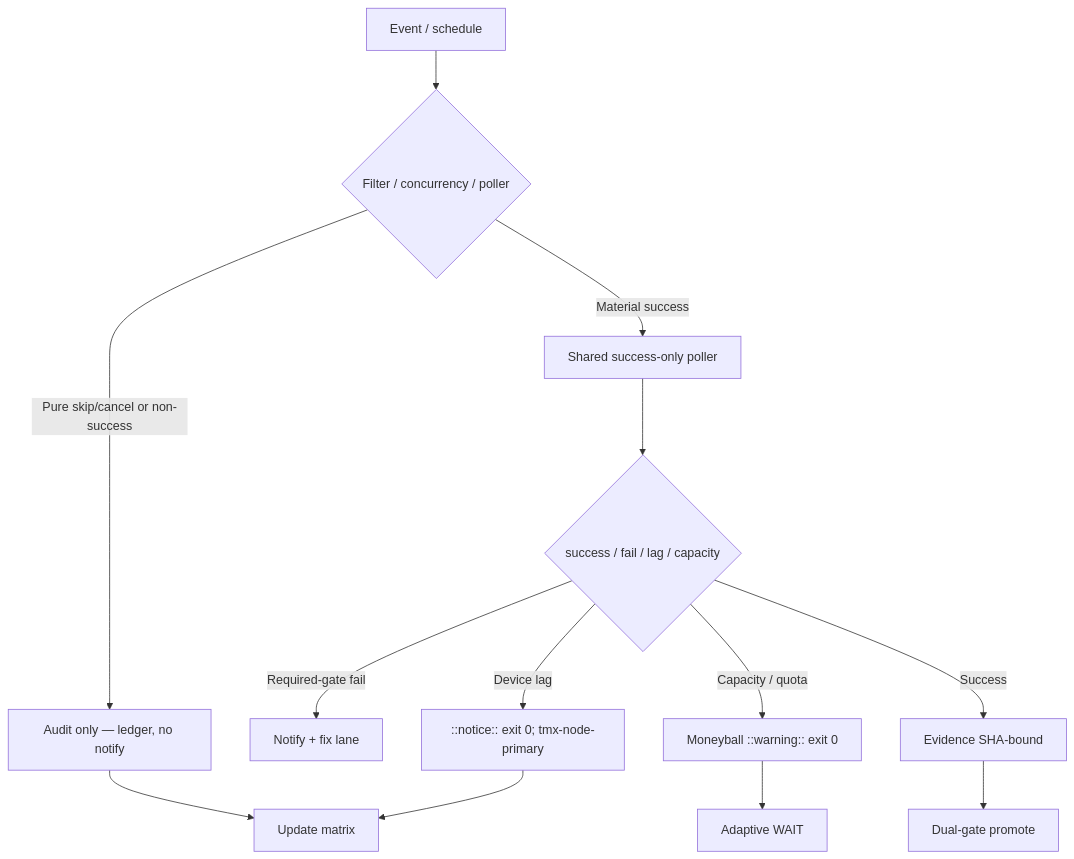
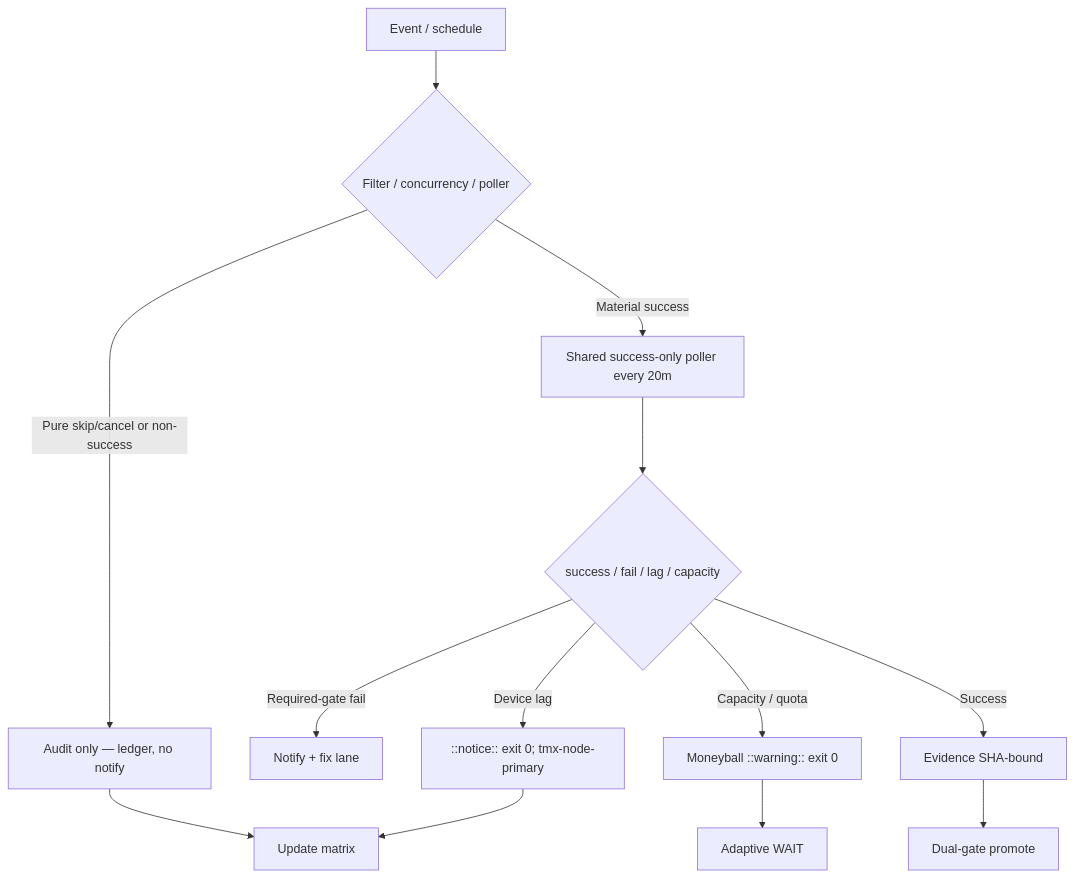
Before and after one commit to timerloggedout-spec/termux-monorepo: the diagram in docs/ops/ACTIONS-CONSOLIDATED-MATRIX-2026-10-25.md, drawn with Mermaid. The commit also changed other lines of this file, not shown here.

First line of the commit message:
ops(matrix): live refresh 2026-10-25 23:00Z tip 0bd2bff6 — quantified residual skip spam (lane-events dozens/min), poller active on success-only, Pinggy device#1 required, cadence/cache refined, zero hard dual-gate failures. Next: expand poller + retire residual workflow_run triggers post dual-gate.

````diff
--- a/docs/ops/ACTIONS-CONSOLIDATED-MATRIX-2026-10-25.md
+++ b/docs/ops/ACTIONS-CONSOLIDATED-MATRIX-2026-10-25.md
@@ -35,15 +34,15 @@
 ```mermaid
 flowchart TD
   Event[Event / schedule] --> Router{Filter / concurrency / poller}
   Router -->|Pure skip/cancel or non-success| Audit[Audit only — ledger, no notify]
-  Router -->|Material success| Poller[Shared success-only poller]
+  Router -->|Material success| Poller[Shared success-only poller every 20m]
   Poller --> Classify{success / fail / lag / capacity}
   Classify -->|Required-gate fail| Alert[Notify + fix lane]
   Classify -->|Device lag| Notice[::notice:: exit 0; tmx-node-primary]
   Classify -->|Capacity / quota| Defer[Moneyball ::warning:: exit 0]
   Classify -->|Success| Receipt[Evidence SHA-bound]
   Notice --> Matrix[Update matrix]
   Defer --> Wait[Adaptive WAIT]
   Receipt --> Promote[Dual-gate promote]
   Audit --> Matrix
 ```
````
